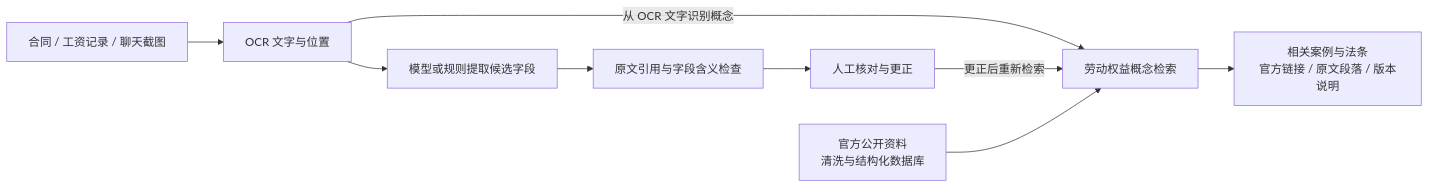
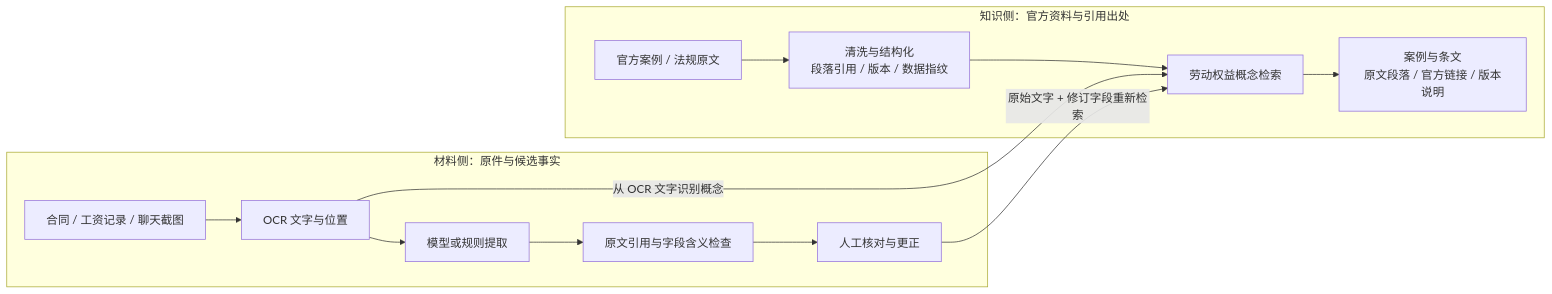
One commit to ZZZZihan/anxin-work-rights changed the diagram in README.md. Above: the diagram before and after it, drawn with Mermaid. The commit also changed other lines of this file, not shown here.

````diff
--- a/README.md
+++ b/README.md
@@ -61,11 +84,16 @@
 ```mermaid
 flowchart LR
-    A[合同 / 工资记录 / 聊天截图] --> B[OCR 文字与位置]
-    B --> C[模型或规则提取候选字段]
-    C --> D[原文引用与字段含义检查]
-    D --> E[人工核对与更正]
-    B -->|从 OCR 文字识别概念| F[劳动权益概念检索]
-    E -->|更正后重新检索| F
-    G[官方公开资料<br/>清洗与结构化数据库] --> F
-    F --> H[相关案例与法条<br/>官方链接 / 原文段落 / 版本说明]
+    subgraph M[材料侧：原件与候选事实]
+        A[合同 / 工资记录 / 聊天截图] --> B[OCR 文字与位置]
+        B --> C[模型或规则提取]
+        C --> D[原文引用与字段含义检查]
+        D --> E[人工核对与更正]
+    end
+    subgraph K[知识侧：官方资料与引用出处]
+        G[官方案例 / 法规原文] --> I[清洗与结构化<br/>段落引用 / 版本 / 数据指纹]
+        I --> F[劳动权益概念检索]
+        F --> H[案例与条文<br/>原文段落 / 官方链接 / 版本说明]
+    end
+    B -->|从 OCR 文字识别概念| F
+    E -->|原始文字 + 修订字段重新检索| F
 ```
````
